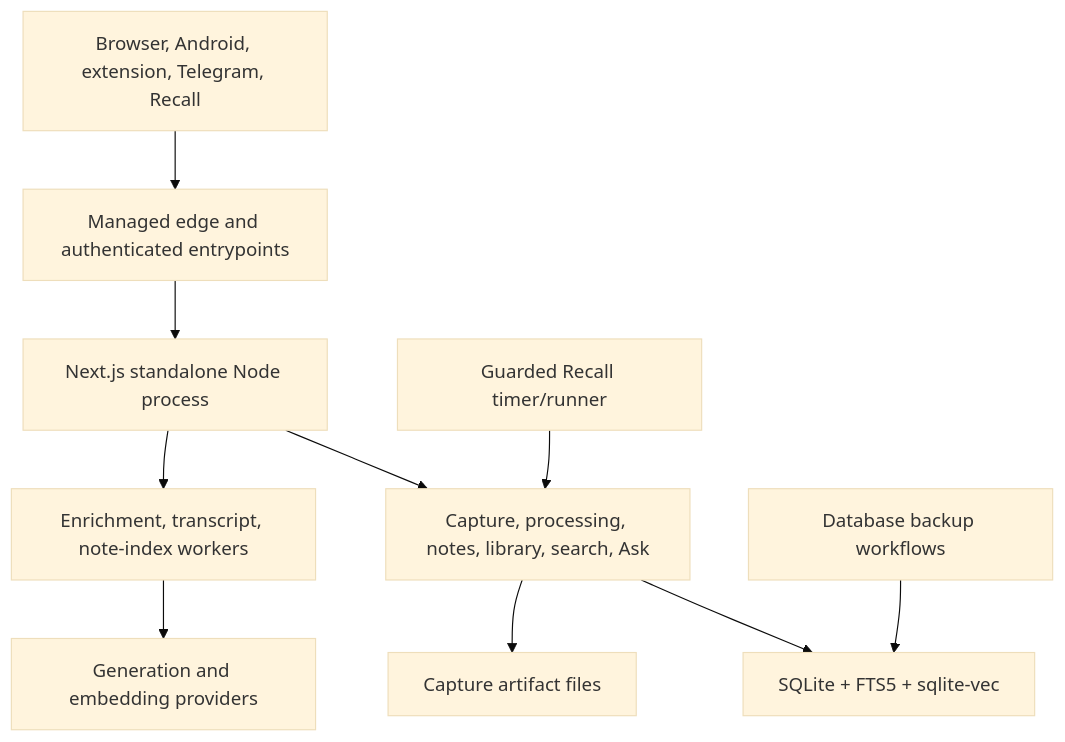
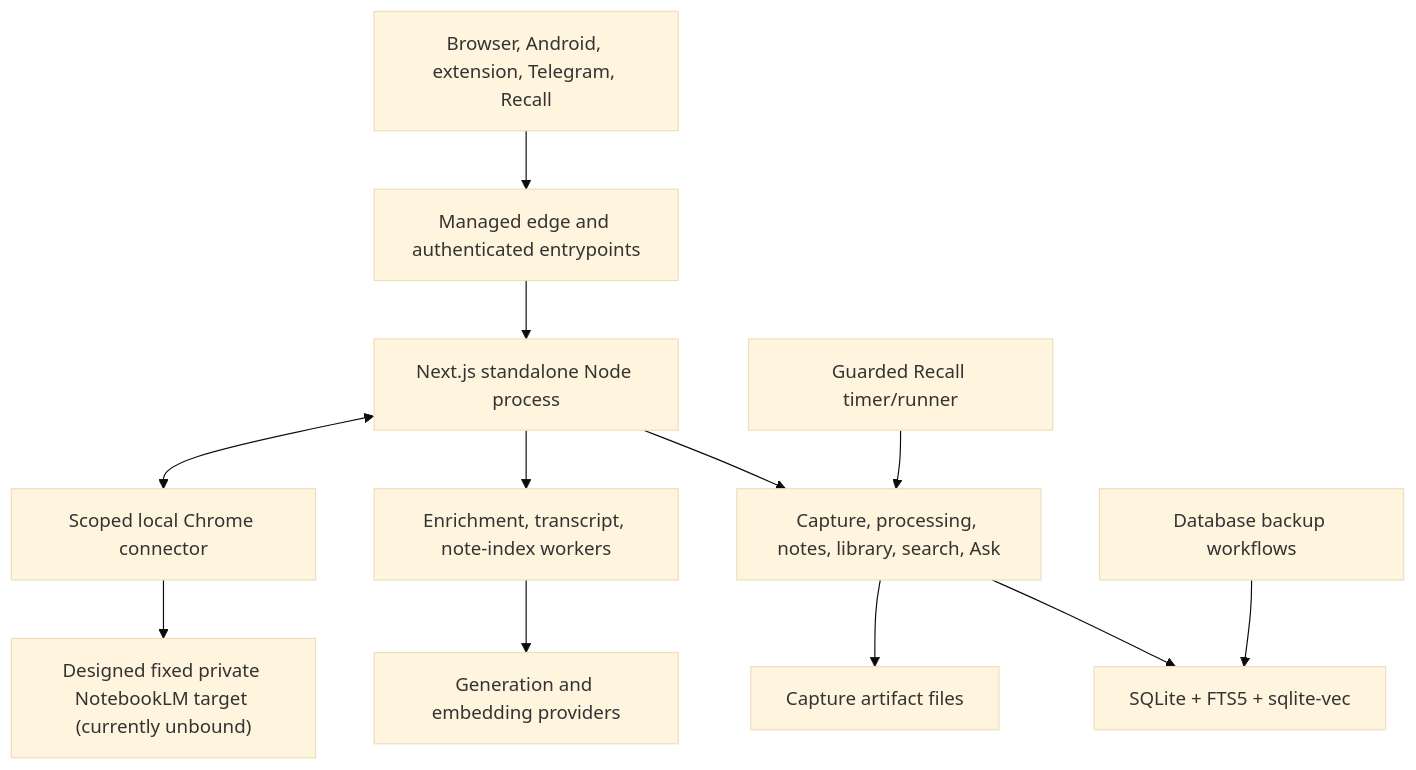
The diagram in docs/wiki/System-Architecture.md (arunpr614/ai-brain), drawn with Mermaid (base theme) before and after one commit. The commit also changed other lines of this file and 51 other files, not shown here.

````diff
--- a/docs/wiki/System-Architecture.md
+++ b/docs/wiki/System-Architecture.md
@@ -10,12 +10,14 @@
 ```mermaid
 flowchart TB
   clients["Browser, Android, extension, Telegram, Recall"] --> edge["Managed edge and authenticated entrypoints"]
   edge --> web["Next.js standalone Node process"]
   web --> domain["Capture, processing, notes, library, search, Ask"]
   domain --> db["SQLite + FTS5 + sqlite-vec"]
   domain --> artifacts["Capture artifact files"]
   web --> workers["Enrichment, transcript, note-index workers"]
   workers --> providers["Generation and embedding providers"]
+  web <--> connector["Scoped local Chrome connector"]
+  connector --> notebooklm["Designed fixed private NotebookLM target (currently unbound)"]
   recall["Guarded Recall timer/runner"] --> domain
   backups["Database backup workflows"] --> db
 ```
````
